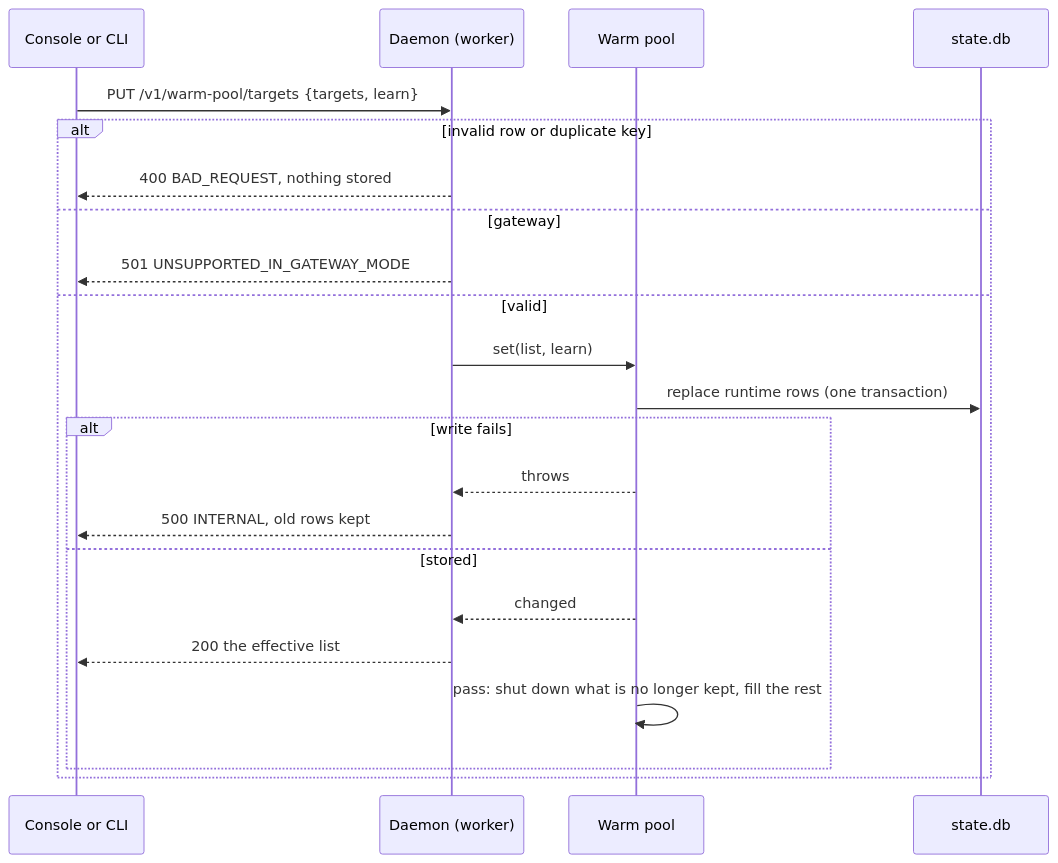
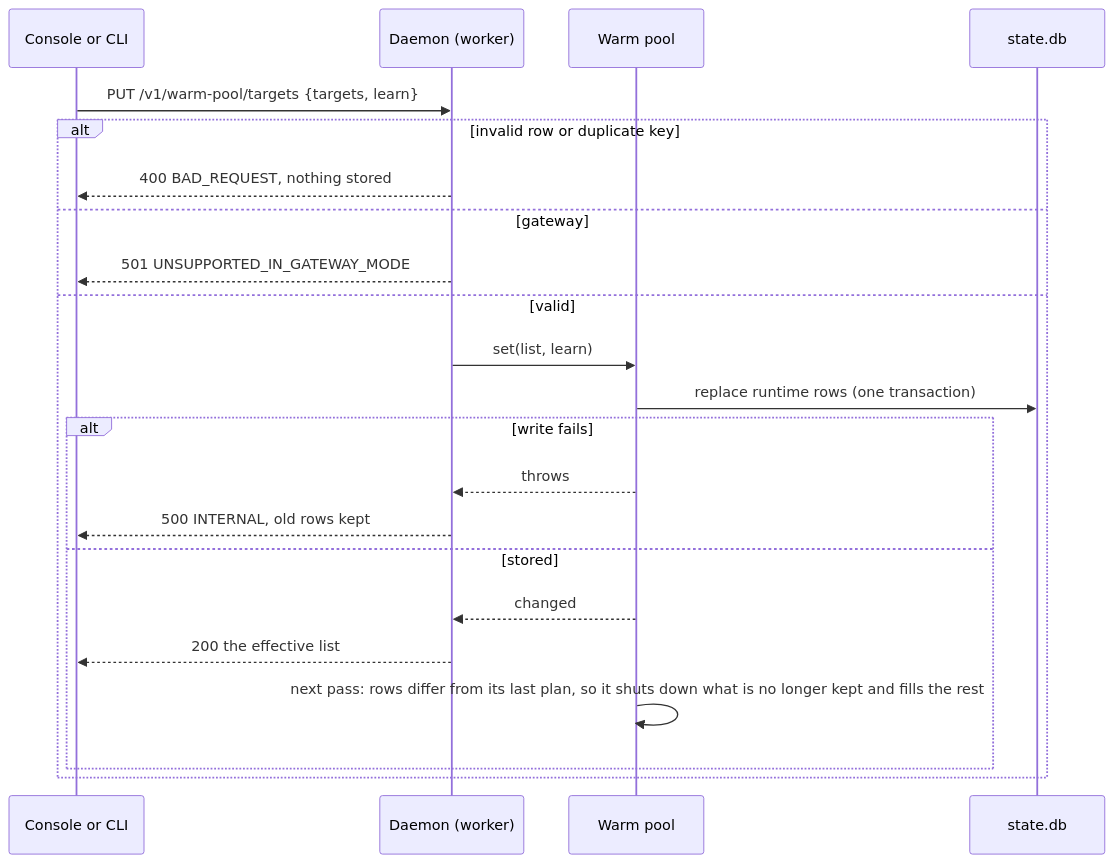
The second of 2 diagrams in docs/internal/adr/0056-an-operator-sets-warm-targets-at-runtime-and-they-replace-the-configs.md (callstackincubator/simlock), drawn with Mermaid before and after one commit. The commit also changed other lines of this file, not shown here.

Commit message:
docs(adr): 0056 answers warm.set at once and compares rows in the next pass (#1137)

````diff
--- a/docs/internal/adr/0056-an-operator-sets-warm-targets-at-runtime-and-they-replace-the-configs.md
+++ b/docs/internal/adr/0056-an-operator-sets-warm-targets-at-runtime-and-they-replace-the-configs.md
@@ -167,24 +172,24 @@
 ```mermaid
 sequenceDiagram
   participant U as Console or CLI
   participant D as Daemon (worker)
   participant W as Warm pool
   participant S as state.db
   U->>D: PUT /v1/warm-pool/targets {targets, learn}
   alt invalid row or duplicate key
     D-->>U: 400 BAD_REQUEST, nothing stored
   else gateway
     D-->>U: 501 UNSUPPORTED_IN_GATEWAY_MODE
   else valid
     D->>W: set(list, learn)
     W->>S: replace runtime rows (one transaction)
     alt write fails
       W-->>D: throws
       D-->>U: 500 INTERNAL, old rows kept
     else stored
       W-->>D: changed
       D-->>U: 200 the effective list
-      W->>W: pass: shut down what is no longer kept, fill the rest
+      W->>W: next pass: rows differ from its last plan, so it shuts down what is no longer kept and fills the rest
     end
   end
 ```
````
